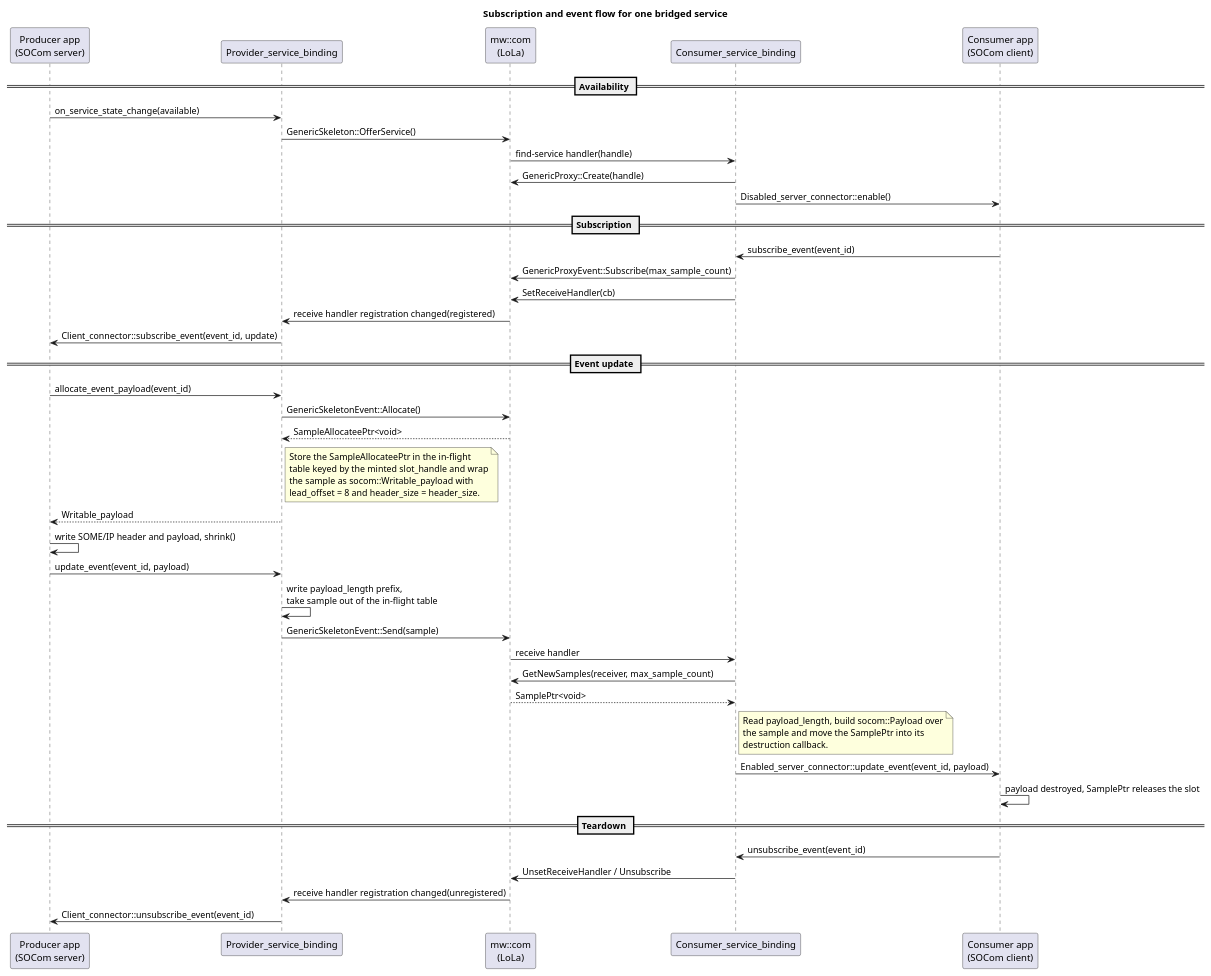
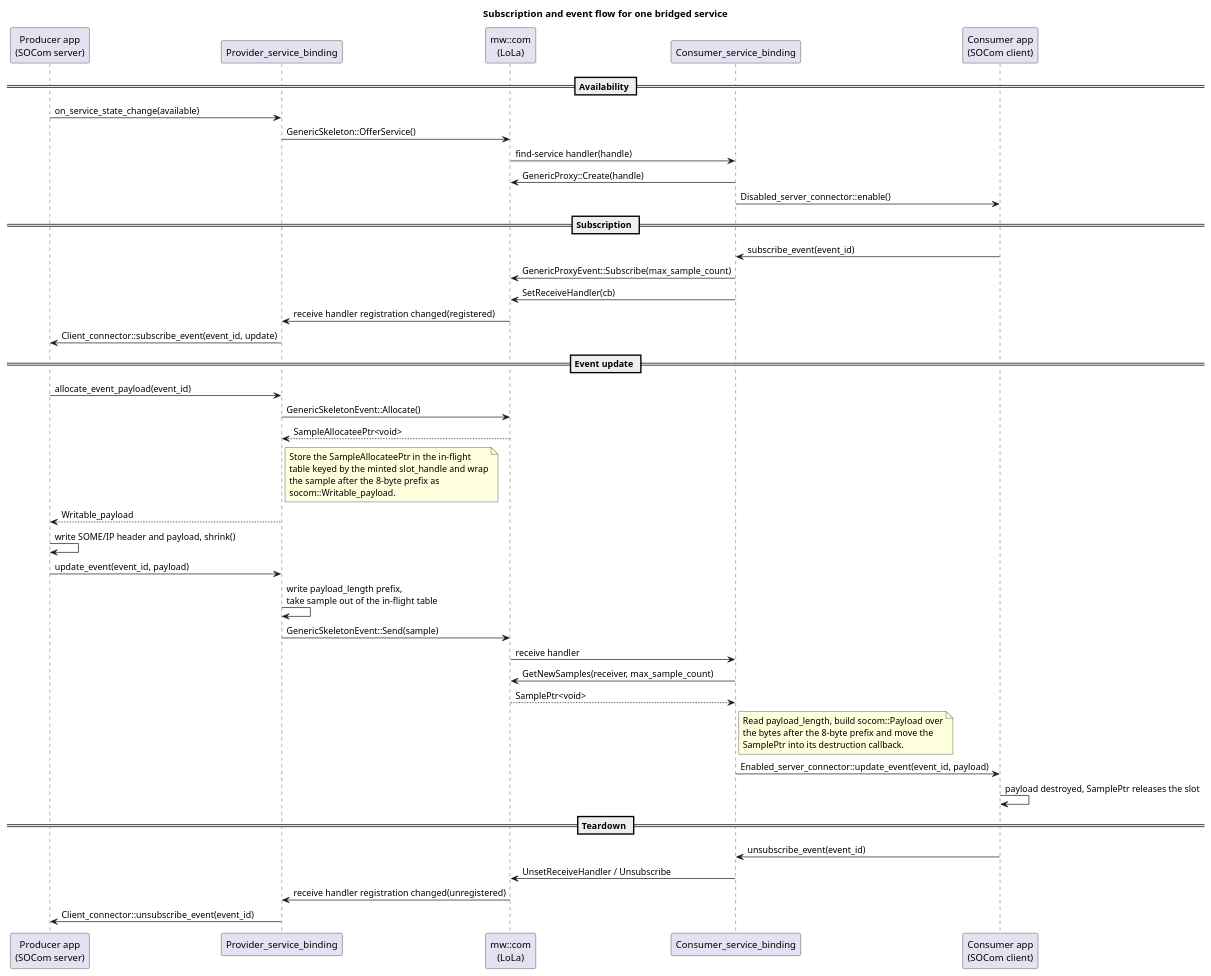
One commit to bgsw-contrib/score_inc_someip_gateway changed the diagram in score/gateway_ipc_binding/docs/models/mw_com_event_flow.puml. Above: the diagram before and after it, drawn with PlantUML. The commit also changed 23 other files, not shown here.

First line of the commit message:
refactor(socom)!: Payload as read-only view of the full SOME/IP message (#342)

```diff
--- a/score/gateway_ipc_binding/docs/models/mw_com_event_flow.puml
+++ b/score/gateway_ipc_binding/docs/models/mw_com_event_flow.puml
@@ -14,56 +14,56 @@
 @startuml
 title Subscription and event flow for one bridged service
 
 participant "Producer app\n(SOCom server)" as prod
 participant "Provider_service_binding" as provider
 participant "mw::com\n(LoLa)" as mwcom
 participant "Consumer_service_binding" as consumer
 participant "Consumer app\n(SOCom client)" as cons
 
 == Availability ==
 prod -> provider : on_service_state_change(available)
 provider -> mwcom : GenericSkeleton::OfferService()
 mwcom -> consumer : find-service handler(handle)
 consumer -> mwcom : GenericProxy::Create(handle)
 consumer -> cons : Disabled_server_connector::enable()
 
 == Subscription ==
 cons -> consumer : subscribe_event(event_id)
 consumer -> mwcom : GenericProxyEvent::Subscribe(max_sample_count)
 consumer -> mwcom : SetReceiveHandler(cb)
 mwcom -> provider : receive handler registration changed(registered)
 provider -> prod : Client_connector::subscribe_event(event_id, update)
 
 == Event update ==
 prod -> provider : allocate_event_payload(event_id)
 provider -> mwcom : GenericSkeletonEvent::Allocate()
 mwcom --> provider : SampleAllocateePtr<void>
 note right of provider
   Store the SampleAllocateePtr in the in-flight
   table keyed by the minted slot_handle and wrap
-  the sample as socom::Writable_payload with
-  lead_offset = 8 and header_size = header_size.
+  the sample after the 8-byte prefix as
+  socom::Writable_payload.
 end note
 provider --> prod : Writable_payload
 prod -> prod : write SOME/IP header and payload, shrink()
 prod -> provider : update_event(event_id, payload)
 provider -> provider : write payload_length prefix,\ntake sample out of the in-flight table
 provider -> mwcom : GenericSkeletonEvent::Send(sample)
 
 mwcom -> consumer : receive handler
 consumer -> mwcom : GetNewSamples(receiver, max_sample_count)
 mwcom --> consumer : SamplePtr<void>
 note right of consumer
   Read payload_length, build socom::Payload over
-  the sample and move the SamplePtr into its
-  destruction callback.
+  the bytes after the 8-byte prefix and move the
+  SamplePtr into its destruction callback.
 end note
 consumer -> cons : Enabled_server_connector::update_event(event_id, payload)
 cons -> cons : payload destroyed, SamplePtr releases the slot
 
 == Teardown ==
 cons -> consumer : unsubscribe_event(event_id)
 consumer -> mwcom : UnsetReceiveHandler / Unsubscribe
 mwcom -> provider : receive handler registration changed(unregistered)
 provider -> prod : Client_connector::unsubscribe_event(event_id)
 @enduml
```
